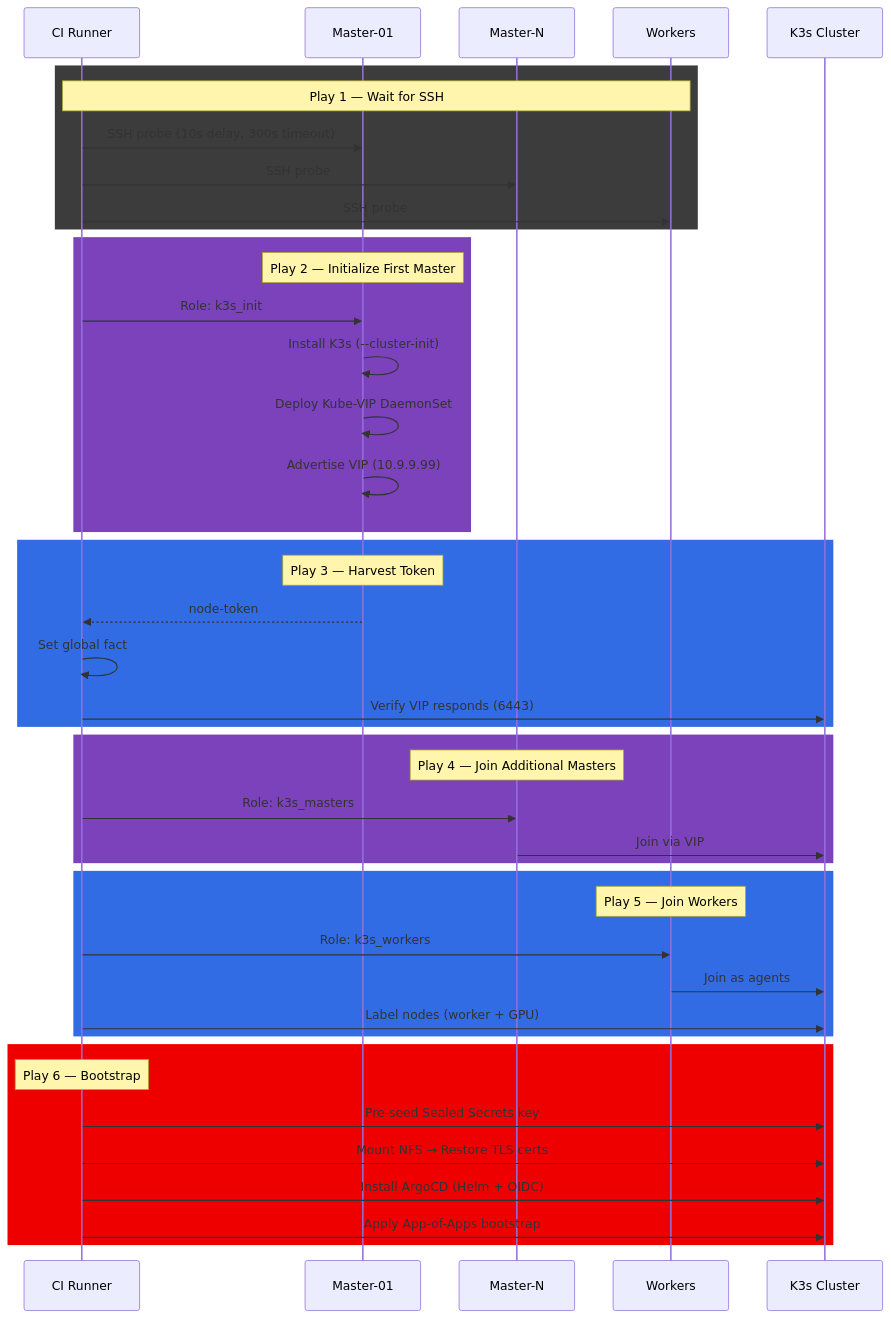
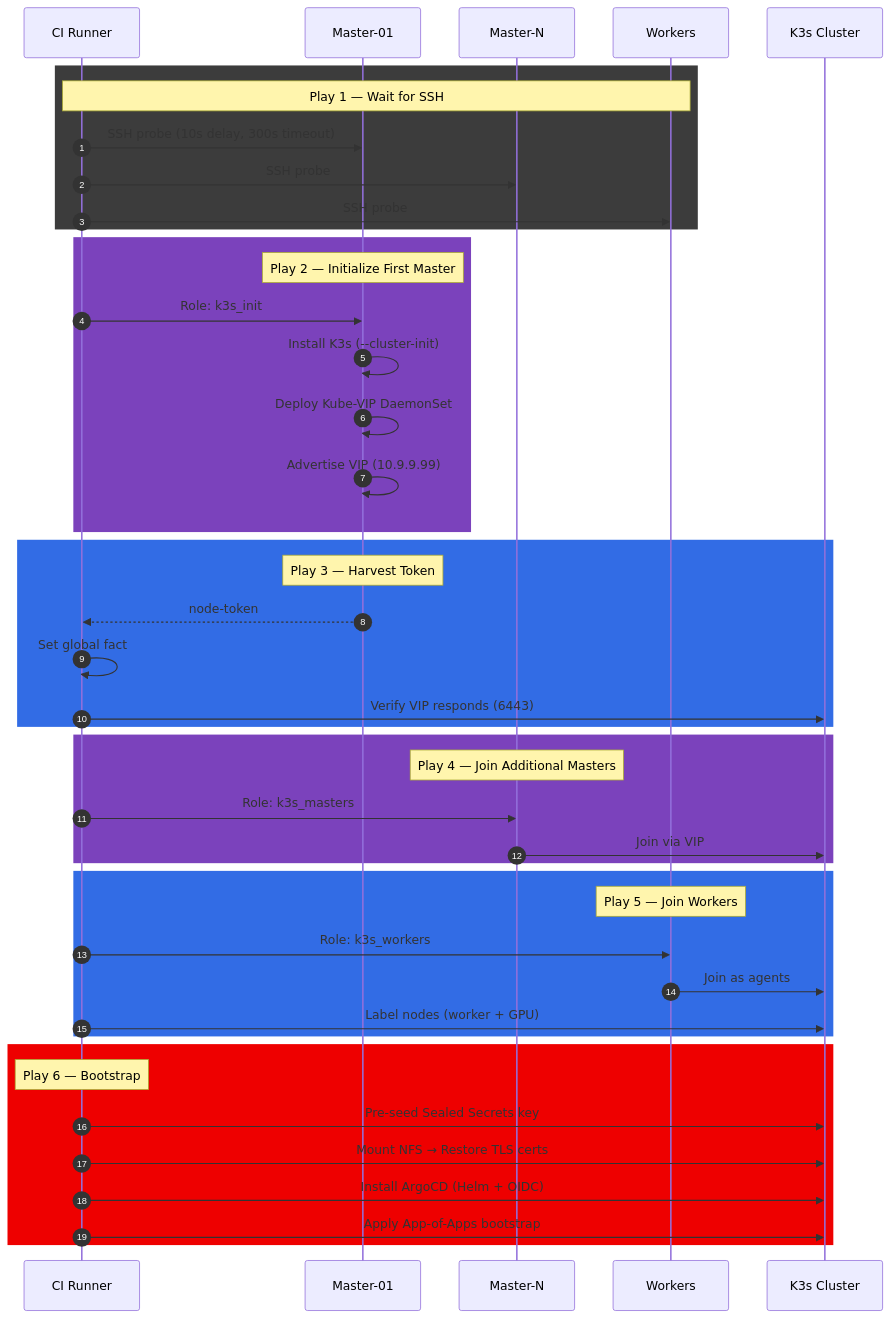
Before and after one commit to Starktastic-Homelab/ansible: the first of 4 diagrams in README.md, drawn with Mermaid. The commit also changed other lines of this file, not shown here.

Commit message:
docs: prettify Mermaid diagrams with semantic shapes and visual hierarchy

````diff
--- a/README.md
+++ b/README.md
@@ -53,51 +53,52 @@
 ```mermaid
 sequenceDiagram
+    autonumber
     participant Runner as CI Runner
     participant M0 as Master-01
     participant M1 as Master-N
     participant W as Workers
     participant Cluster as K3s Cluster
 
     rect rgb(60, 60, 60)
     Note over Runner, W: Play 1 — Wait for SSH
     Runner->>M0: SSH probe (10s delay, 300s timeout)
     Runner->>M1: SSH probe
     Runner->>W: SSH probe
     end
 
     rect rgb(123, 66, 188)
     Note over M0: Play 2 — Initialize First Master
     Runner->>M0: Role: k3s_init
     M0->>M0: Install K3s (--cluster-init)
     M0->>M0: Deploy Kube-VIP DaemonSet
     M0->>M0: Advertise VIP (10.9.9.99)
     end
 
     rect rgb(50, 108, 229)
     Note over M0: Play 3 — Harvest Token
     M0-->>Runner: node-token
     Runner->>Runner: Set global fact
     Runner->>Cluster: Verify VIP responds (6443)
     end
 
     rect rgb(123, 66, 188)
     Note over M1: Play 4 — Join Additional Masters
     Runner->>M1: Role: k3s_masters
     M1->>Cluster: Join via VIP
     end
 
     rect rgb(50, 108, 229)
     Note over W: Play 5 — Join Workers
     Runner->>W: Role: k3s_workers
     W->>Cluster: Join as agents
     Runner->>Cluster: Label nodes (worker + GPU)
     end
 
     rect rgb(238, 0, 0)
     Note over Runner: Play 6 — Bootstrap
     Runner->>Cluster: Pre-seed Sealed Secrets key
     Runner->>Cluster: Mount NFS → Restore TLS certs
     Runner->>Cluster: Install ArgoCD (Helm + OIDC)
     Runner->>Cluster: Apply App-of-Apps bootstrap
     end
 ```
````
